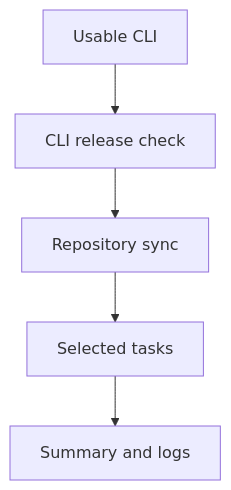
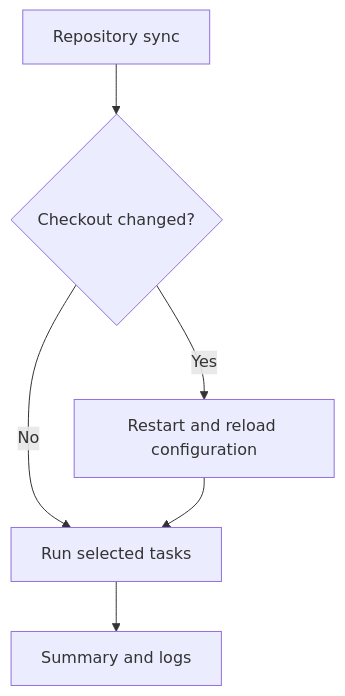
Before and after one commit to sneivandt/dotfiles: the diagram in docs/content/update-lifecycle.md, drawn with Mermaid. The commit also changed 21 other files, not shown here.

````diff
--- a/docs/content/update-lifecycle.md
+++ b/docs/content/update-lifecycle.md
@@ -23,9 +70,10 @@
 ```mermaid
 flowchart TB
-    accTitle: A normal dotfiles update
-    accDescr: The wrapper obtains a usable binary, the CLI checks its release, repositories synchronize, selected tasks run, and the result is recorded in logs. Changed code or repositories cause a restart before later work.
-    Binary["Usable CLI"] --> Release["CLI release check"]
-    Release --> Repository["Repository sync"]
-    Repository --> Tasks["Selected tasks"]
+    accTitle: How repository changes affect an update
+    accDescr: After synchronization, an unchanged checkout uses the loaded configuration. A changed checkout restarts the current binary to reload configuration before selected tasks run; both paths end with a task summary and logs.
+    Sync["Repository sync"] --> Changed{"Checkout changed?"}
+    Changed -- No --> Tasks["Run selected tasks"]
+    Changed -- Yes --> Reload["Restart and reload configuration"]
+    Reload --> Tasks
     Tasks --> Result["Summary and logs"]
 ```
````
